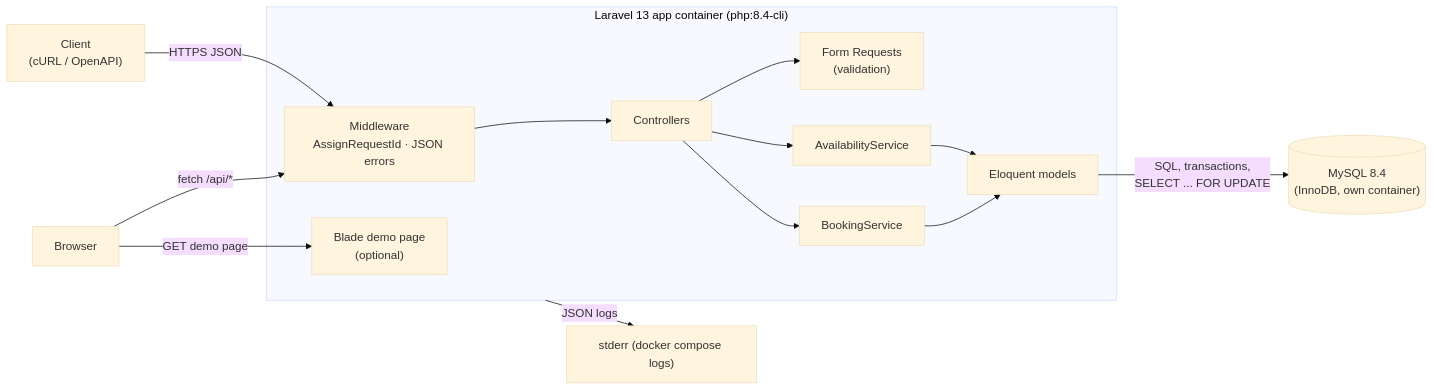
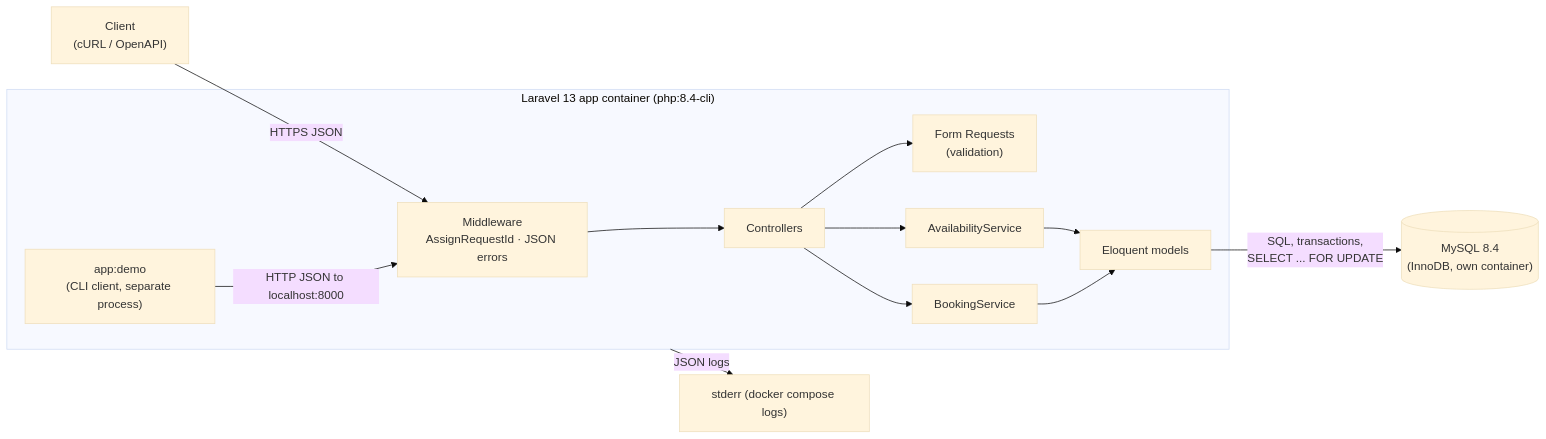
One commit to Truongpyeo/keyloop-service-scheduler changed the first of 3 diagrams in docs/DESIGN.md. Above: the diagram before and after it, drawn with Mermaid (base theme). The commit also changed other lines of this file and 6 other files, not shown here.

````diff
--- a/docs/DESIGN.md
+++ b/docs/DESIGN.md
@@ -24,17 +24,16 @@
 ```mermaid
 flowchart LR
     Client["Client<br/>(cURL / OpenAPI)"] -->|HTTPS JSON| MW
-    Browser["Browser"] -->|GET demo page| Demo
-    Browser -->|fetch /api/*| MW
     subgraph App["Laravel 13 app container (php:8.4-cli)"]
-        Demo["Blade demo page<br/>(optional)"]
+        Demo["app:demo<br/>(CLI client, separate process)"]
         MW["Middleware<br/>AssignRequestId · JSON errors"] --> C["Controllers"]
         C --> FR["Form Requests<br/>(validation)"]
         C --> AS["AvailabilityService"]
         C --> BS["BookingService"]
         AS --> M["Eloquent models"]
         BS --> M
     end
+    Demo -->|HTTP JSON to localhost:8000| MW
     M -->|SQL, transactions,<br/>SELECT ... FOR UPDATE| DB[("MySQL 8.4<br/>(InnoDB, own container)")]
     App -->|JSON logs| Out["stderr (docker compose logs)"]
 ```
````
